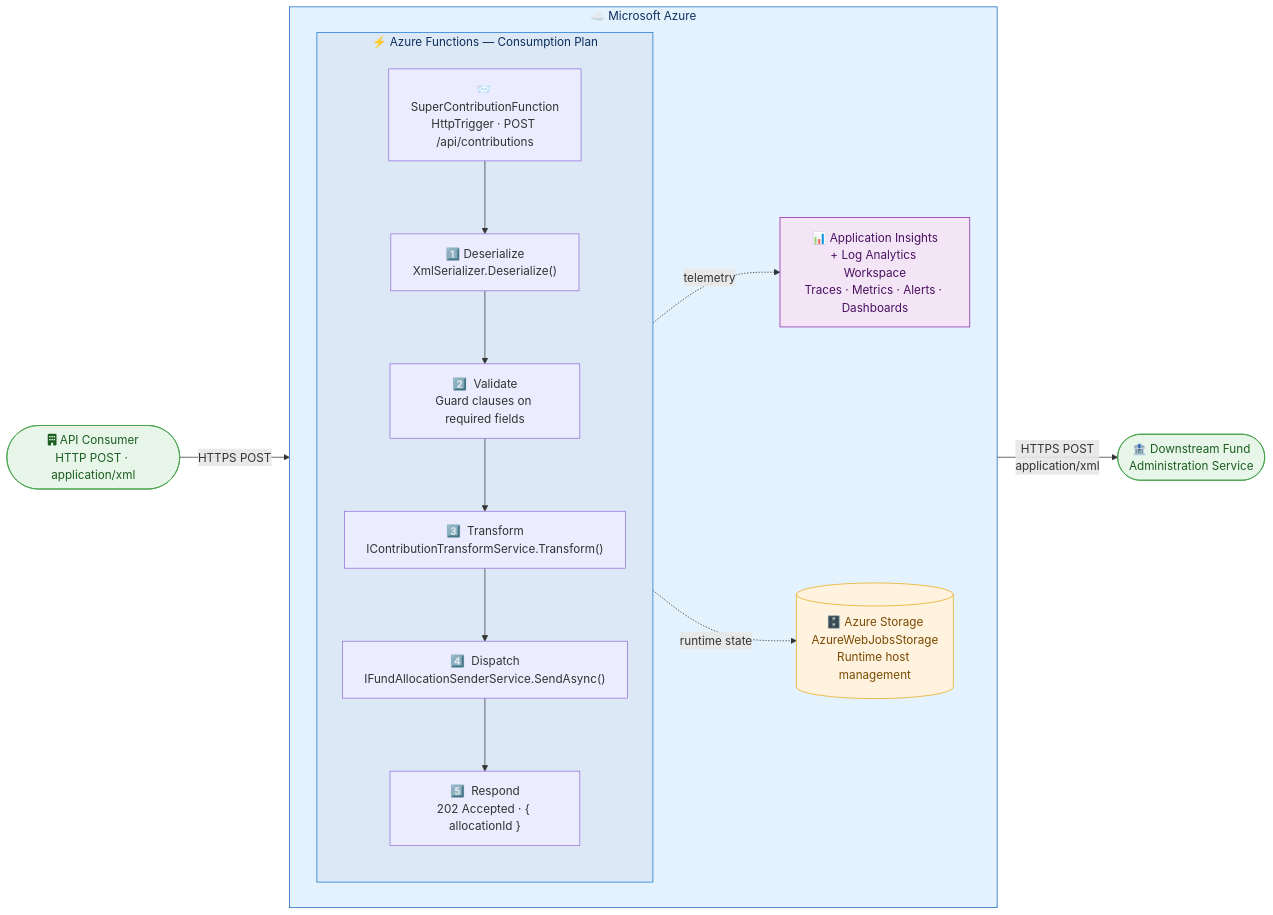
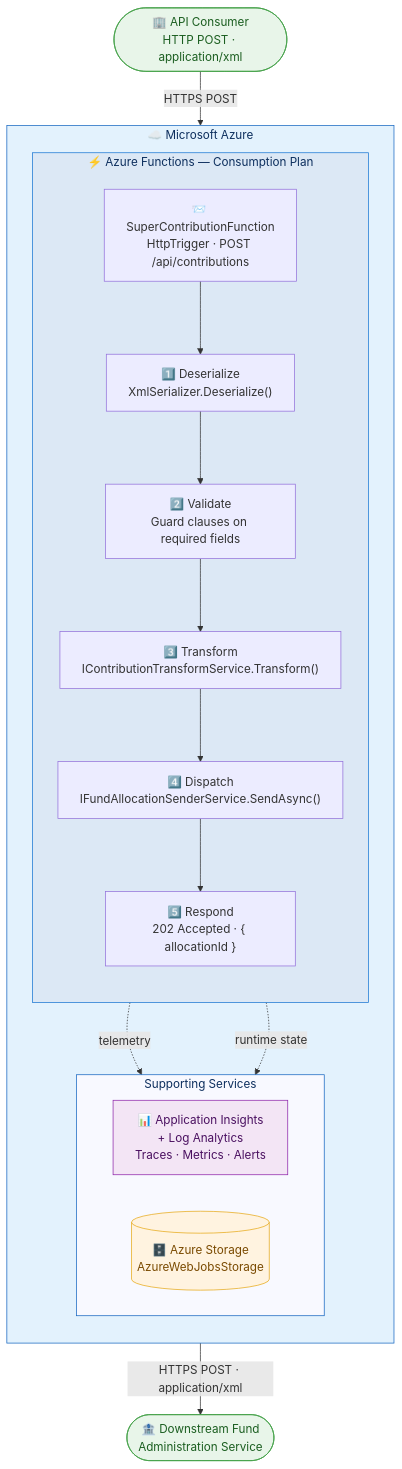
Before and after one commit to qkfang/ghc-demo-biztalk-migration: the second of 2 diagrams in docs/20-future-state-architecture.md, drawn with Mermaid. The commit also changed other lines of this file and 1 other file, not shown here.

````diff
--- a/docs/20-future-state-architecture.md
+++ b/docs/20-future-state-architecture.md
@@ -74,35 +71,38 @@
 ```mermaid
-flowchart LR
-    CLIENT(["fa:fa-building API Consumer\nHTTP POST · application/xml"])
+flowchart TB
+    CLIENT(["🏢 API Consumer\nHTTP POST · application/xml"])
 
-    subgraph AZURE["☁️  Microsoft Azure"]
-        direction LR
-        subgraph FUNC["⚡  Azure Functions — Consumption Plan"]
+    subgraph AZURE["☁️ Microsoft Azure"]
+        direction TB
+        subgraph FUNC["⚡ Azure Functions — Consumption Plan"]
             direction TB
             FN["📨 SuperContributionFunction\nHttpTrigger · POST /api/contributions"]
-            DESER["1️⃣  Deserialize\nXmlSerializer.Deserialize()"]
-            VALID["2️⃣  Validate\nGuard clauses on required fields"]
-            TRANS["3️⃣  Transform\nIContributionTransformService.Transform()"]
-            SEND["4️⃣  Dispatch\nIFundAllocationSenderService.SendAsync()"]
-            RESP["5️⃣  Respond\n202 Accepted · { allocationId }"]
+            DESER["1️⃣ Deserialize\nXmlSerializer.Deserialize()"]
+            VALID["2️⃣ Validate\nGuard clauses on required fields"]
+            TRANS["3️⃣ Transform\nIContributionTransformService.Transform()"]
+            SEND["4️⃣ Dispatch\nIFundAllocationSenderService.SendAsync()"]
+            RESP["5️⃣ Respond\n202 Accepted · { allocationId }"]
             FN --> DESER --> VALID --> TRANS --> SEND --> RESP
         end
-
-        AI["📊 Application Insights\n+ Log Analytics Workspace\nTraces · Metrics · Alerts · Dashboards"]
-        STORE[("🗄️ Azure Storage\nAzureWebJobsStorage\nRuntime host management")]
+        subgraph SUPPORT["Supporting Services"]
+            direction LR
+            AI["📊 Application Insights\n+ Log Analytics\nTraces · Metrics · Alerts"]
+            STORE[("🗄️ Azure Storage\nAzureWebJobsStorage")]
+        end
     end
 
     DS(["🏦 Downstream Fund\nAdministration Service"])
 
     CLIENT -->|"HTTPS POST"| FN
     FUNC -.->|telemetry| AI
     FUNC -.->|runtime state| STORE
-    SEND -->|"HTTPS POST\napplication/xml"| DS
+    SEND -->|"HTTPS POST · application/xml"| DS
 
     style AZURE fill:#e3f2fd,stroke:#1565c0,color:#0d2f5e
     style FUNC fill:#dce8f5,stroke:#1976d2,color:#0d2f5e
+    style SUPPORT fill:#f8f9ff,stroke:#1565c0,color:#0d2f5e
     style AI fill:#f3e5f5,stroke:#8e24aa,color:#4a1060
     style STORE fill:#fff3e0,stroke:#e6a817,color:#7a4a00
     style CLIENT fill:#e8f5e9,stroke:#43a047,color:#1b5e20
     style DS fill:#e8f5e9,stroke:#43a047,color:#1b5e20
 ```
````
